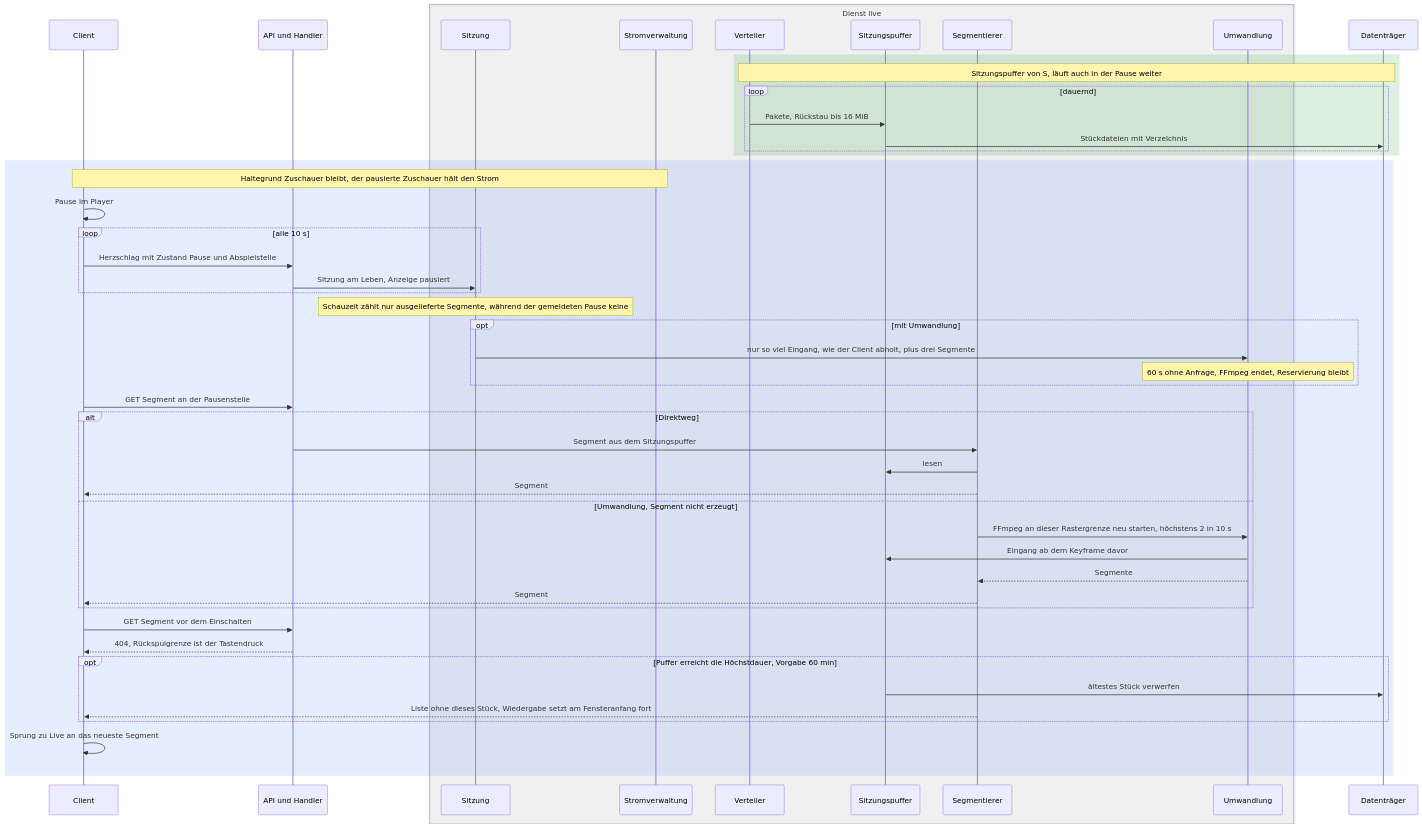
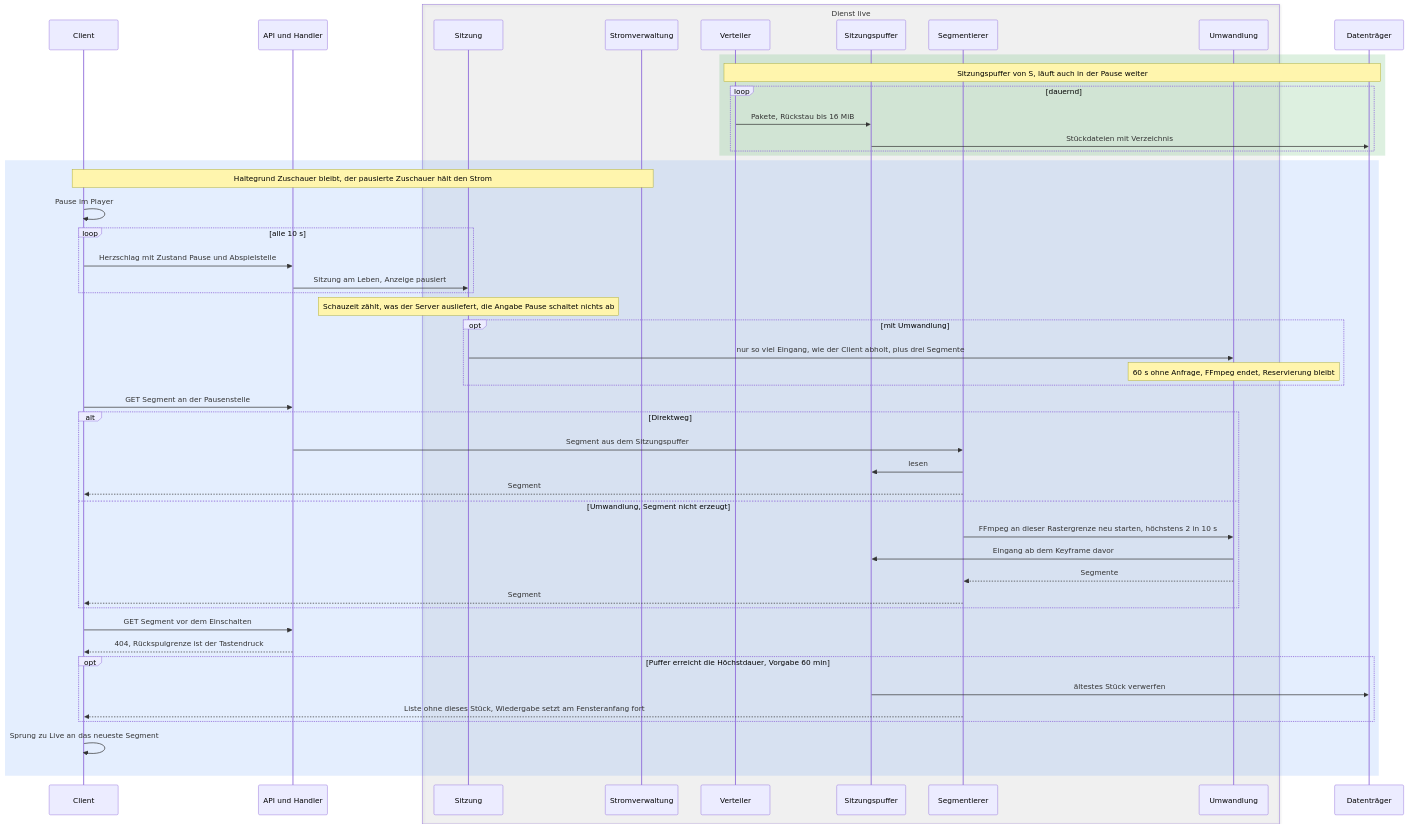
One commit to SlouchCat/slouchcat changed the seventh of 23 diagrams in docs/planning/28-live-tv/06-ablaeufe.md. Above: the diagram before and after it, drawn with Mermaid. The commit also changed other lines of this file, not shown here.

Commit message:
docs(planning): concept 28 live TV, flows version 3 for architecture version 4

````diff
--- a/docs/planning/28-live-tv/06-ablaeufe.md
+++ b/docs/planning/28-live-tv/06-ablaeufe.md
@@ -581,53 +640,53 @@
 ```mermaid
 sequenceDiagram
   participant CL as Client
   participant API as API und Handler
   box rgba(128,128,128,0.08) Dienst live
     participant SES as Sitzung
     participant STR as Stromverwaltung
     participant VT as Verteiler
     participant SP as Sitzungspuffer
     participant SEG as Segmentierer
     participant UW as Umwandlung
   end
   participant DSK as Datenträger
 
   rect rgba(46,160,67,0.16)
     Note over VT,DSK: Sitzungspuffer von S, läuft auch in der Pause weiter
     loop dauernd
       VT->>SP: Pakete, Rückstau bis 16 MiB
       SP->>DSK: Stückdateien mit Verzeichnis
     end
   end
   rect rgba(66,135,245,0.14)
     Note over CL,STR: Haltegrund Zuschauer bleibt, der pausierte Zuschauer hält den Strom
     CL->>CL: Pause im Player
     loop alle 10 s
       CL->>API: Herzschlag mit Zustand Pause und Abspielstelle
       API->>SES: Sitzung am Leben, Anzeige pausiert
     end
-    Note over SES: Schauzeit zählt nur ausgelieferte Segmente, während der gemeldeten Pause keine
+    Note over SES: Schauzeit zählt, was der Server ausliefert, die Angabe Pause schaltet nichts ab
     opt mit Umwandlung
       SES->>UW: nur so viel Eingang, wie der Client abholt, plus drei Segmente
       Note over UW: 60 s ohne Anfrage, FFmpeg endet, Reservierung bleibt
     end
     CL->>API: GET Segment an der Pausenstelle
     alt Direktweg
       API->>SEG: Segment aus dem Sitzungspuffer
       SEG->>SP: lesen
       SEG-->>CL: Segment
     else Umwandlung, Segment nicht erzeugt
       SEG->>UW: FFmpeg an dieser Rastergrenze neu starten, höchstens 2 in 10 s
       UW->>SP: Eingang ab dem Keyframe davor
       UW-->>SEG: Segmente
       SEG-->>CL: Segment
     end
     CL->>API: GET Segment vor dem Einschalten
     API-->>CL: 404, Rückspulgrenze ist der Tastendruck
     opt Puffer erreicht die Höchstdauer, Vorgabe 60 min
       SP->>DSK: ältestes Stück verwerfen
       SEG-->>CL: Liste ohne dieses Stück, Wiedergabe setzt am Fensteranfang fort
     end
     CL->>CL: Sprung zu Live an das neueste Segment
   end
 ```
````
